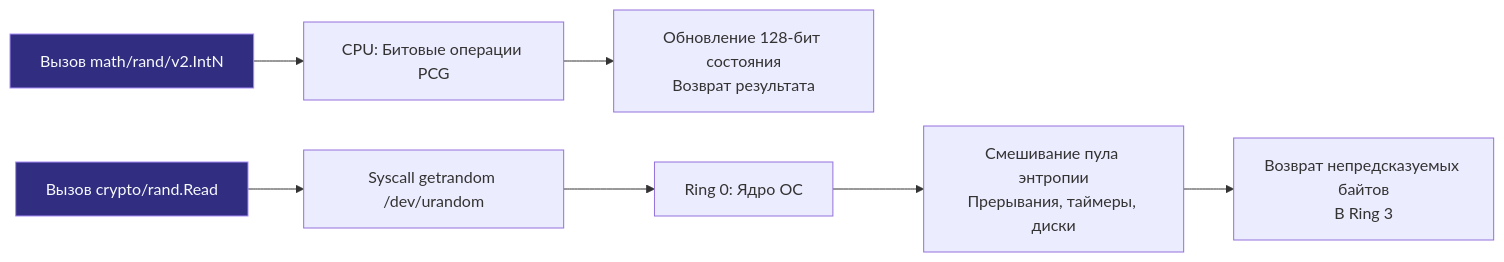
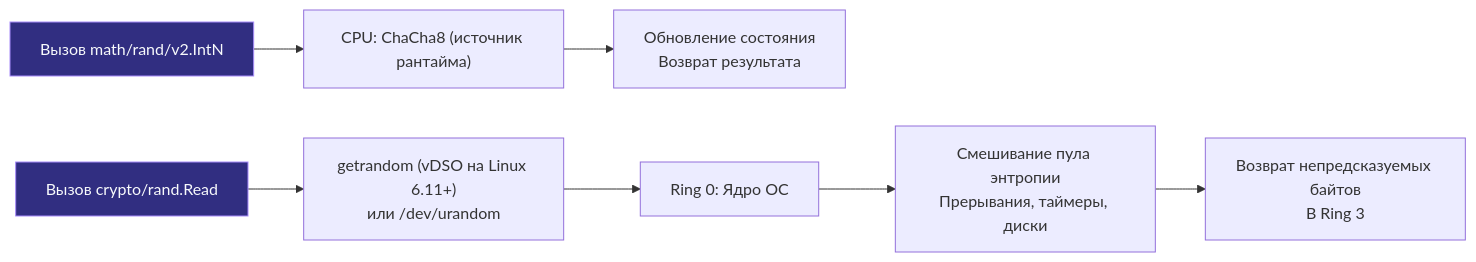
One commit to UnrealTemplier/go-textbook-ru changed the diagram in sources/6. Стандартная библиотека Go/37. crypto_rand и math_rand.md. Above: the diagram before and after it, drawn with Mermaid. The commit also changed other lines of this file and 47 other files, not shown here.

````diff
--- a/sources/6. Стандартная библиотека Go/37. crypto_rand и math_rand.md
+++ b/sources/6. Стандартная библиотека Go/37. crypto_rand и math_rand.md
@@ -29,20 +29,20 @@
 ```mermaid
 flowchart LR
     classDef process  fill:#1e293b,stroke:#38bdf8,stroke-width:1px,color:#f8fafc
     classDef success  fill:#064e3b,stroke:#34d399,stroke-width:1px,color:#f8fafc
     classDef error    fill:#7f1d1d,stroke:#f87171,stroke-width:1px,color:#f8fafc
     classDef warning  fill:#78350f,stroke:#fbbf24,stroke-width:1px,color:#f8fafc
     classDef entry    fill:#1e3a5f,stroke:#38bdf8,stroke-width:2px,color:#f8fafc
     classDef aux      fill:#334155,stroke:#64748b,stroke-width:1px,color:#f8fafc
     classDef system   fill:#312e81,stroke:#a78bfa,stroke-width:1px,color:#f8fafc
     classDef data     fill:#132d29,stroke:#2dd4bf,stroke-width:1px,color:#f8fafc
     classDef network  fill:#881337,stroke:#fb7185,stroke-width:1px,color:#f8fafc
     classDef accent   fill:#1e1b4b,stroke:#818cf8,stroke-width:1px,color:#f8fafc
-    A["Вызов math/rand/v2.IntN"]:::system --> B["CPU: Битовые операции PCG"]
-    B --> C["Обновление 128-бит состояния<br>Возврат результата"]
+    A["Вызов math/rand/v2.IntN"]:::system --> B["CPU: ChaCha8 (источник рантайма)"]
+    B --> C["Обновление состояния<br>Возврат результата"]
     
-    D["Вызов crypto/rand.Read"]:::system --> E["Syscall getrandom /dev/urandom"]
+    D["Вызов crypto/rand.Read"]:::system --> E["getrandom (vDSO на Linux 6.11+)<br>или /dev/urandom"]
     E --> F["Ring 0: Ядро ОС"]
     F --> G["Смешивание пула энтропии<br>Прерывания, таймеры, диски"]
     G --> H["Возврат непредсказуемых байтов<br>В Ring 3"]
 ```
````
